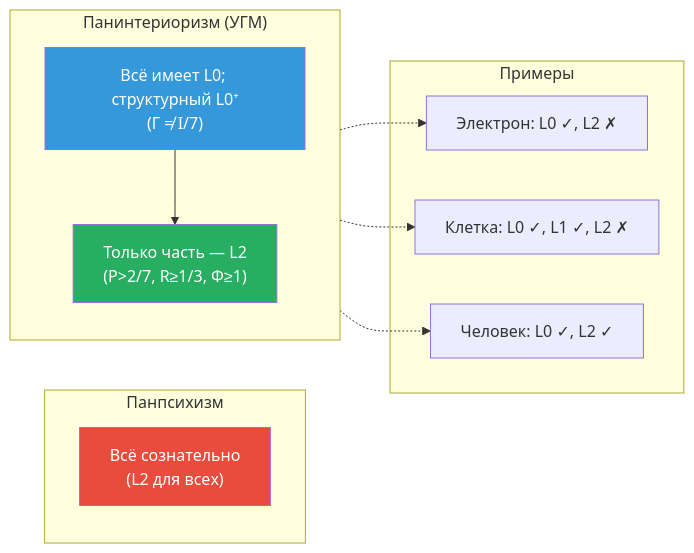
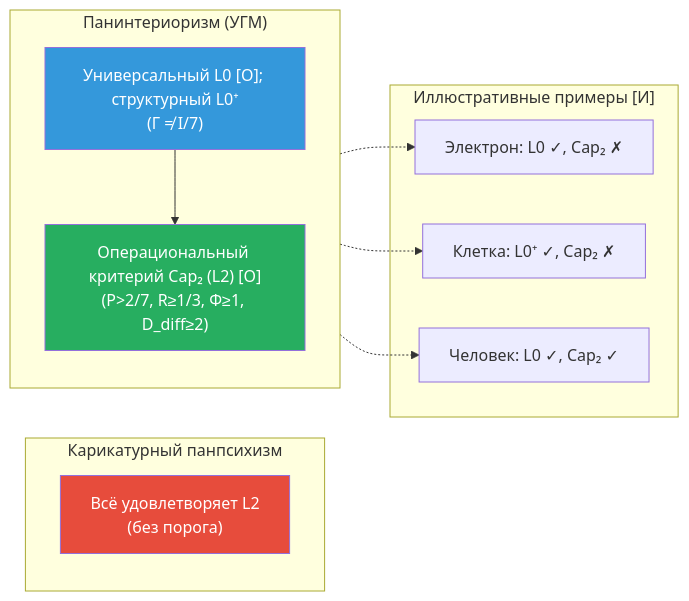
Before and after one commit to gst-st/uhm: the first of 2 diagrams in website/i18n/ru/docusaurus-plugin-content-docs/current/consciousness/comparative/panpsychism-analysis.md, drawn with Mermaid. The commit also changed other lines of this file and 376 other files, not shown here.

First line of the commit message:
Refactor UHM canon, decontaminate architecture, and verify EN/RU parity

````diff
--- a/website/i18n/ru/docusaurus-plugin-content-docs/current/consciousness/comparative/panpsychism-analysis.md
+++ b/website/i18n/ru/docusaurus-plugin-content-docs/current/consciousness/comparative/panpsychism-analysis.md
@@ -220,28 +160,28 @@
 ```mermaid
 graph LR
-    subgraph "Панпсихизм"
+    subgraph "Карикатурный панпсихизм"
         direction TB
-        ALL_CONS["Всё сознательно<br/>(L2 для всех)"]
+        ALL_CONS["Всё удовлетворяет L2<br/>(без порога)"]
     end
 
     subgraph "Панинтериоризм (УГМ)"
         direction TB
-        ALL_L0["Всё имеет L0; структурный L0⁺<br/>(Γ ≠ I/7)"]
-        SOME_L2["Только часть — L2<br/>(P>2/7, R≥1/3, Φ≥1)"]
+        ALL_L0["Универсальный L0 [О]; структурный L0⁺<br/>(Γ ≠ I/7)"]
+        SOME_L2["Операциональный критерий Cap₂ (L2) [О]<br/>(P>2/7, R≥1/3, Φ≥1, D_diff≥2)"]
         ALL_L0 --> SOME_L2
     end
 
-    subgraph "Примеры"
-        ELEC["Электрон: L0 ✓, L2 ✗"]
-        CELL["Клетка: L0 ✓, L1 ✓, L2 ✗"]
-        HUMAN["Человек: L0 ✓, L2 ✓"]
+    subgraph "Иллюстративные примеры [И]"
+        ELEC["Электрон: L0 ✓, Cap₂ ✗"]
+        CELL["Клетка: L0⁺ ✓, Cap₂ ✗"]
+        HUMAN["Человек: L0 ✓, Cap₂ ✓"]
     end
 
     ALL_L0 -.-> ELEC
     ALL_L0 -.-> CELL
     SOME_L2 -.-> HUMAN
 
     style ALL_CONS fill:#e74c3c,color:#fff
     style ALL_L0 fill:#3498db,color:#fff
     style SOME_L2 fill:#27ae60,color:#fff
 ```
````
